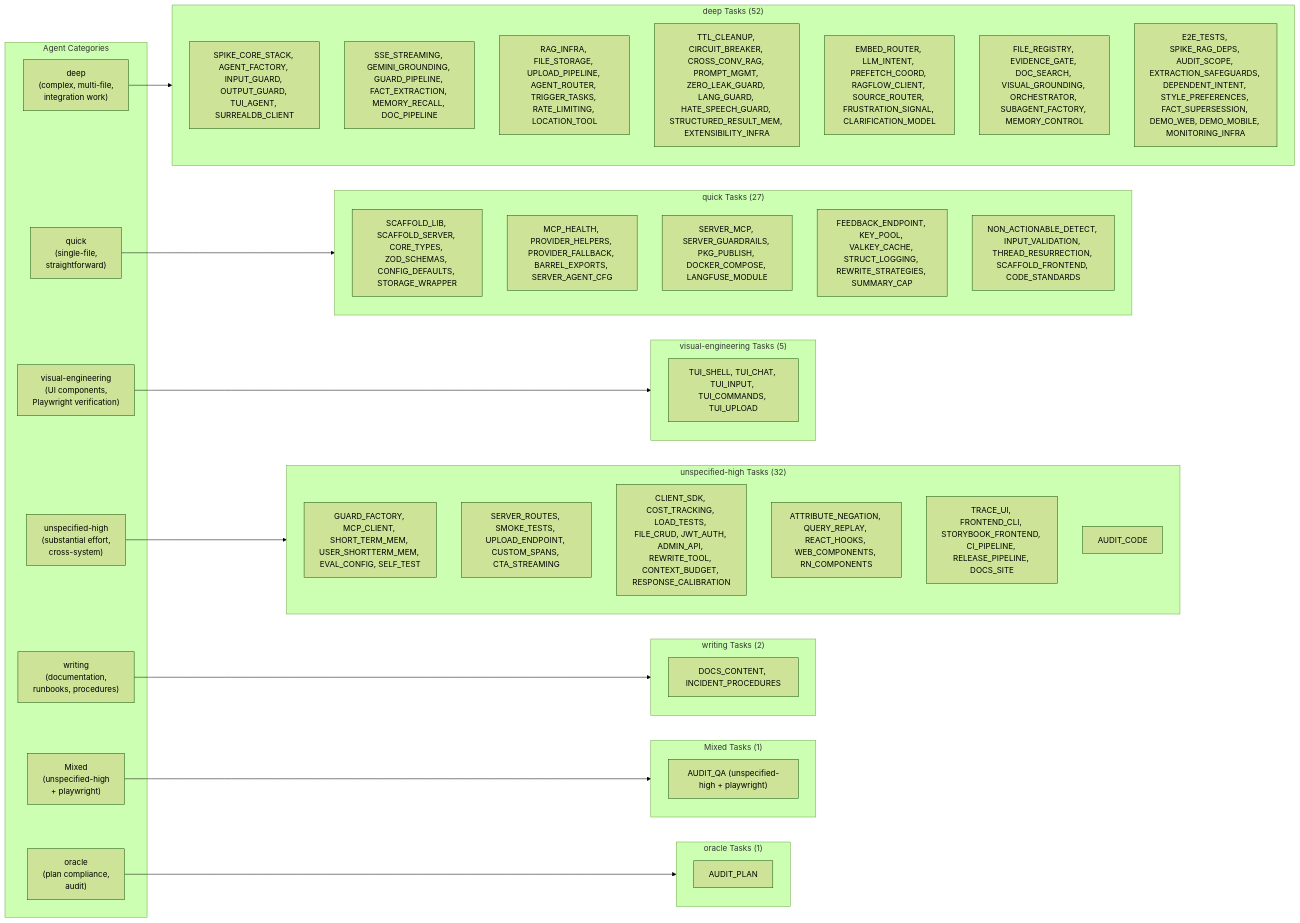
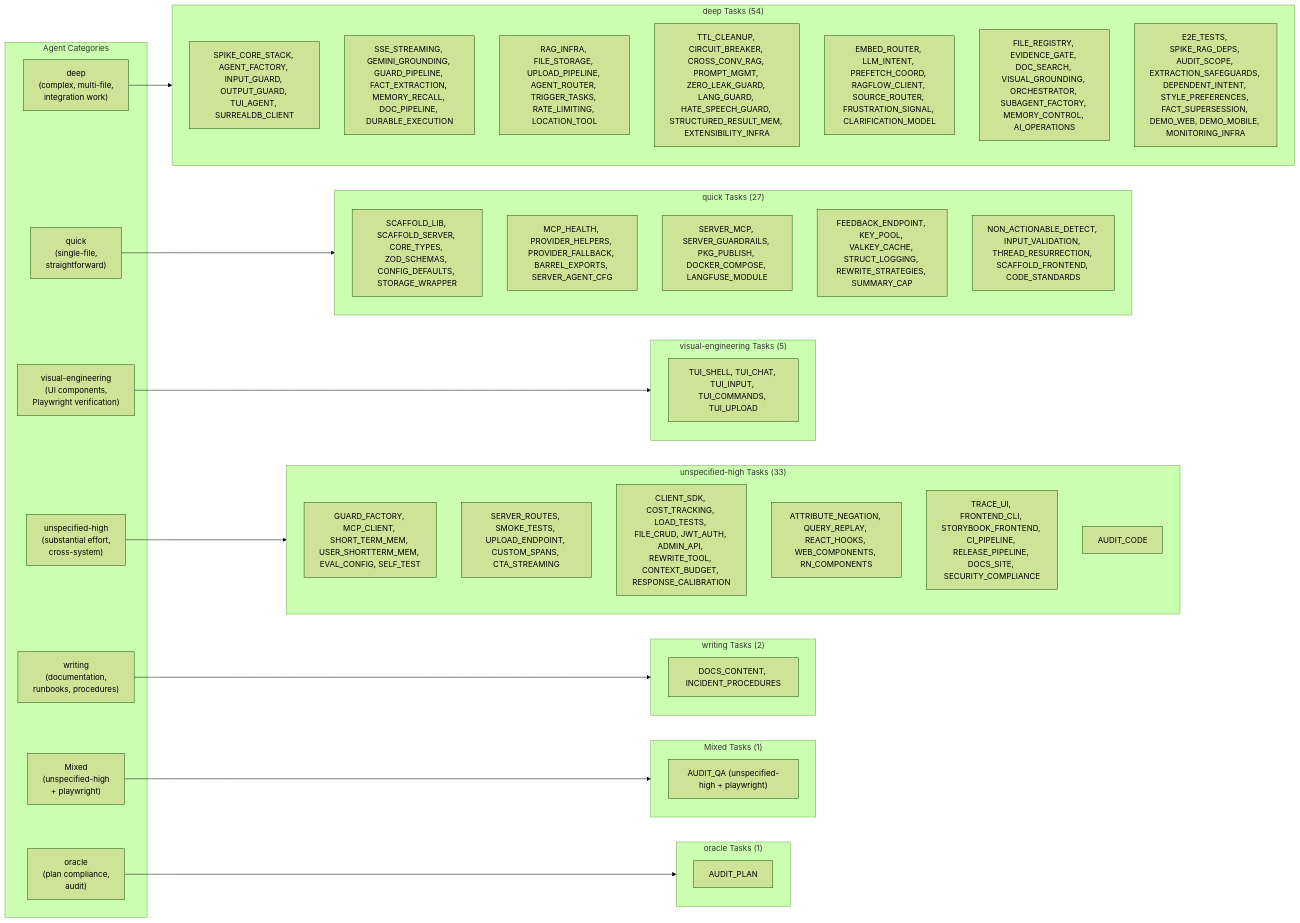
The ninth of 10 diagrams in plan/17-execution.md (1qh/safeagent), drawn with Mermaid (forest theme) before and after one commit. The commit also changed other lines of this file and 1 other file, not shown here.

Commit message:
Integrate files 25-27: add test specs (+250 lines), execution tasks (120→123)

````diff
--- a/plan/17-execution.md
+++ b/plan/17-execution.md
@@ -906,63 +921,63 @@
 ```mermaid
 graph LR
     subgraph AGENT_TYPES["Agent Categories"]
         DEEP["deep<br/>(complex, multi-file,<br/>integration work)"]
         QUICK["quick<br/>(single-file,<br/>straightforward)"]
         VIS["visual-engineering<br/>(UI components,<br/>Playwright verification)"]
         UHIGH["unspecified-high<br/>(substantial effort,<br/>cross-system)"]
         WRITING["writing<br/>(documentation,<br/>runbooks, procedures)"]
         MIXED["Mixed<br/>(unspecified-high<br/>+ playwright)"]
         ORACLE["oracle<br/>(plan compliance,<br/>audit)"]
     end
 
-    subgraph DEEP_TASKS["deep Tasks (52)"]
+    subgraph DEEP_TASKS["deep Tasks (54)"]
         DEEP_FOUND["SPIKE_CORE_STACK, AGENT_FACTORY, INPUT_GUARD, OUTPUT_GUARD, TUI_AGENT, SURREALDB_CLIENT"]
-        DEEP_STREAM["SSE_STREAMING, GEMINI_GROUNDING, GUARD_PIPELINE, FACT_EXTRACTION, MEMORY_RECALL, DOC_PIPELINE"]
+        DEEP_STREAM["SSE_STREAMING, GEMINI_GROUNDING, GUARD_PIPELINE, FACT_EXTRACTION, MEMORY_RECALL, DOC_PIPELINE, DURABLE_EXECUTION"]
         DEEP_RAG["RAG_INFRA, FILE_STORAGE, UPLOAD_PIPELINE, AGENT_ROUTER, TRIGGER_TASKS, RATE_LIMITING, LOCATION_TOOL"]
         DEEP_INFRA["TTL_CLEANUP, CIRCUIT_BREAKER, CROSS_CONV_RAG, PROMPT_MGMT, ZERO_LEAK_GUARD, LANG_GUARD, HATE_SPEECH_GUARD, STRUCTURED_RESULT_MEM, EXTENSIBILITY_INFRA"]
         DEEP_INTENT["EMBED_ROUTER, LLM_INTENT, PREFETCH_COORD, RAGFLOW_CLIENT, SOURCE_ROUTER, FRUSTRATION_SIGNAL, CLARIFICATION_MODEL"]
-        DEEP_INTEL["FILE_REGISTRY, EVIDENCE_GATE, DOC_SEARCH, VISUAL_GROUNDING, ORCHESTRATOR, SUBAGENT_FACTORY, MEMORY_CONTROL"]
+        DEEP_INTEL["FILE_REGISTRY, EVIDENCE_GATE, DOC_SEARCH, VISUAL_GROUNDING, ORCHESTRATOR, SUBAGENT_FACTORY, MEMORY_CONTROL, AI_OPERATIONS"]
         DEEP_FINAL["E2E_TESTS, SPIKE_RAG_DEPS, AUDIT_SCOPE, EXTRACTION_SAFEGUARDS, DEPENDENT_INTENT, STYLE_PREFERENCES, FACT_SUPERSESSION, DEMO_WEB, DEMO_MOBILE, MONITORING_INFRA"]
     end
 
     subgraph QUICK_TASKS["quick Tasks (27)"]
         QUICK_FOUND["SCAFFOLD_LIB, SCAFFOLD_SERVER, CORE_TYPES, ZOD_SCHEMAS, CONFIG_DEFAULTS, STORAGE_WRAPPER"]
         QUICK_INFRA["MCP_HEALTH, PROVIDER_HELPERS, PROVIDER_FALLBACK, BARREL_EXPORTS, SERVER_AGENT_CFG"]
         QUICK_SERVER["SERVER_MCP, SERVER_GUARDRAILS, PKG_PUBLISH, DOCKER_COMPOSE, LANGFUSE_MODULE"]
         QUICK_UTIL["FEEDBACK_ENDPOINT, KEY_POOL, VALKEY_CACHE, STRUCT_LOGGING, REWRITE_STRATEGIES, SUMMARY_CAP"]
         QUICK_ENGINE["NON_ACTIONABLE_DETECT, INPUT_VALIDATION, THREAD_RESURRECTION, SCAFFOLD_FRONTEND, CODE_STANDARDS"]
     end
 
     subgraph VIS_TASKS["visual-engineering Tasks (5)"]
         VIS_TUI_TASKS["TUI_SHELL, TUI_CHAT, TUI_INPUT, TUI_COMMANDS, TUI_UPLOAD"]
     end
 
-    subgraph U_HIGH_TASKS["unspecified-high Tasks (32)"]
+    subgraph U_HIGH_TASKS["unspecified-high Tasks (33)"]
         UHIGH_GUARD_MCP["GUARD_FACTORY, MCP_CLIENT, SHORT_TERM_MEM, USER_SHORTTERM_MEM, EVAL_CONFIG, SELF_TEST"]
         UHIGH_SERVER_SMOKE["SERVER_ROUTES, SMOKE_TESTS, UPLOAD_ENDPOINT, CUSTOM_SPANS, CTA_STREAMING"]
         UHIGH_CLIENT_COST["CLIENT_SDK, COST_TRACKING, LOAD_TESTS, FILE_CRUD, JWT_AUTH, ADMIN_API, REWRITE_TOOL, CONTEXT_BUDGET, RESPONSE_CALIBRATION"]
         UHIGH_INTENT["ATTRIBUTE_NEGATION, QUERY_REPLAY, REACT_HOOKS, WEB_COMPONENTS, RN_COMPONENTS"]
-        UHIGH_FRONTEND["TRACE_UI, FRONTEND_CLI, STORYBOOK_FRONTEND, CI_PIPELINE, RELEASE_PIPELINE, DOCS_SITE"]
+        UHIGH_FRONTEND["TRACE_UI, FRONTEND_CLI, STORYBOOK_FRONTEND, CI_PIPELINE, RELEASE_PIPELINE, DOCS_SITE, SECURITY_COMPLIANCE"]
         UHIGH_AUDIT_CODE["AUDIT_CODE"]
     end
 
     subgraph WRITING_TASKS["writing Tasks (2)"]
         WRITING_OPS["DOCS_CONTENT, INCIDENT_PROCEDURES"]
     end
 
     subgraph MIXED_TASKS["Mixed Tasks (1)"]
         MIXED_AUDIT_QA["AUDIT_QA (unspecified-high + playwright)"]
     end
 
     subgraph ORACLE_TASKS["oracle Tasks (1)"]
         ORACLE_AUDIT_PLAN["AUDIT_PLAN"]
     end
 
     DEEP --> DEEP_TASKS
     QUICK --> QUICK_TASKS
     VIS --> VIS_TASKS
     UHIGH --> U_HIGH_TASKS
     WRITING --> WRITING_TASKS
     MIXED --> MIXED_TASKS
     ORACLE --> ORACLE_TASKS
 ```
````
